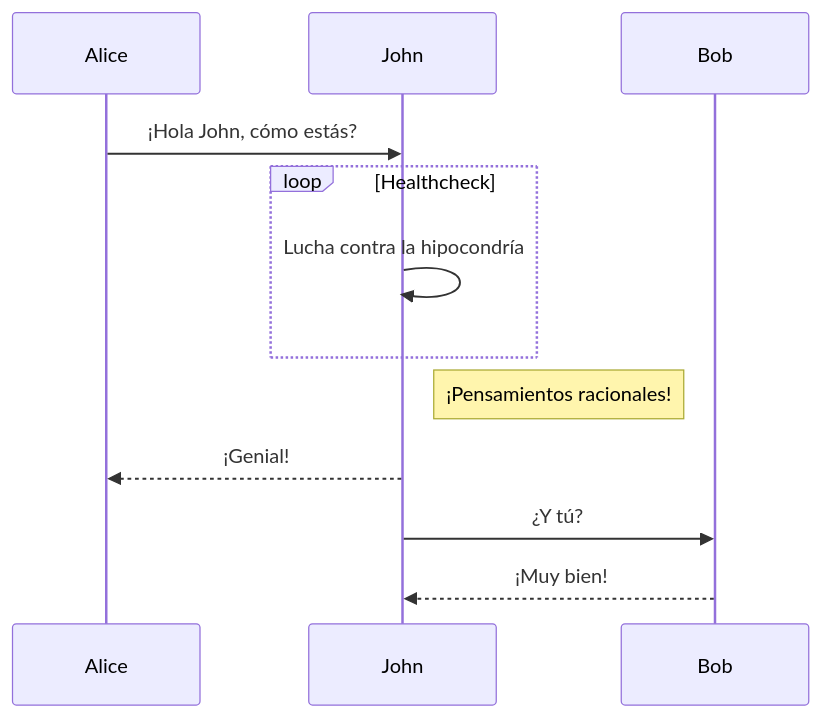
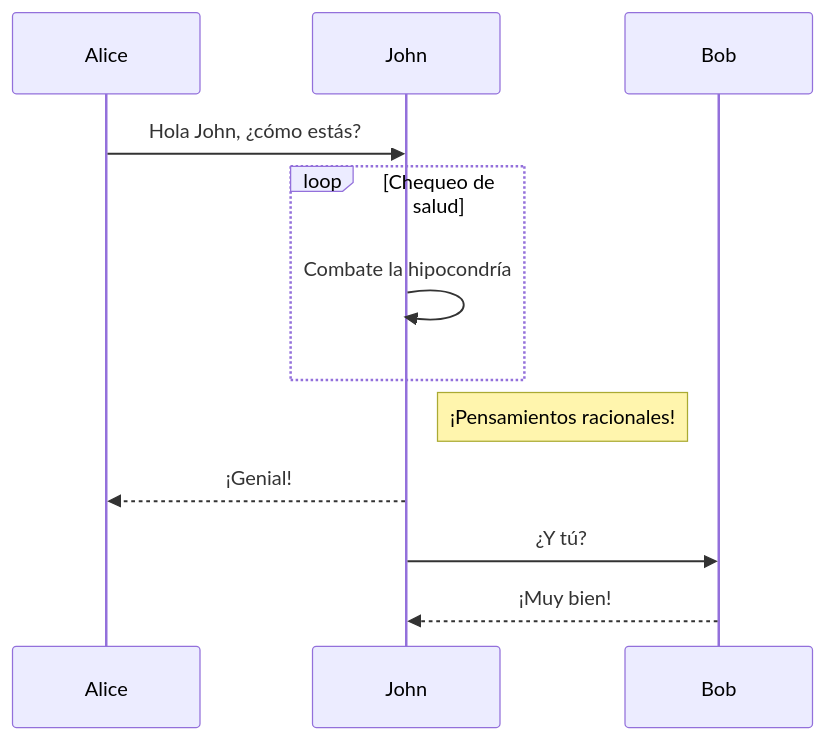
One commit to linyuxuanlin/Wiki_MkDocs changed the fourth of 5 diagrams in docs/es/MkDocs测试实验室.md. Above: the diagram before and after it, drawn with Mermaid. The commit also changed other lines of this file and 31 other files, not shown here.

````diff
--- a/docs/es/MkDocs测试实验室.md
+++ b/docs/es/MkDocs测试实验室.md
@@ -34,11 +35,11 @@
 ```mermaid
 sequenceDiagram
-  Alice->>John: ¡Hola John, cómo estás?
-  loop Healthcheck
-      John->>John: Lucha contra la hipocondría
+  Alice->>John: Hola John, ¿cómo estás?
+  loop Chequeo de salud
+      John->>John: Combate la hipocondría
   end
   Note right of John: ¡Pensamientos racionales!
   John-->>Alice: ¡Genial!
   John->>Bob: ¿Y tú?
   Bob-->>John: ¡Muy bien!
 ```
````
